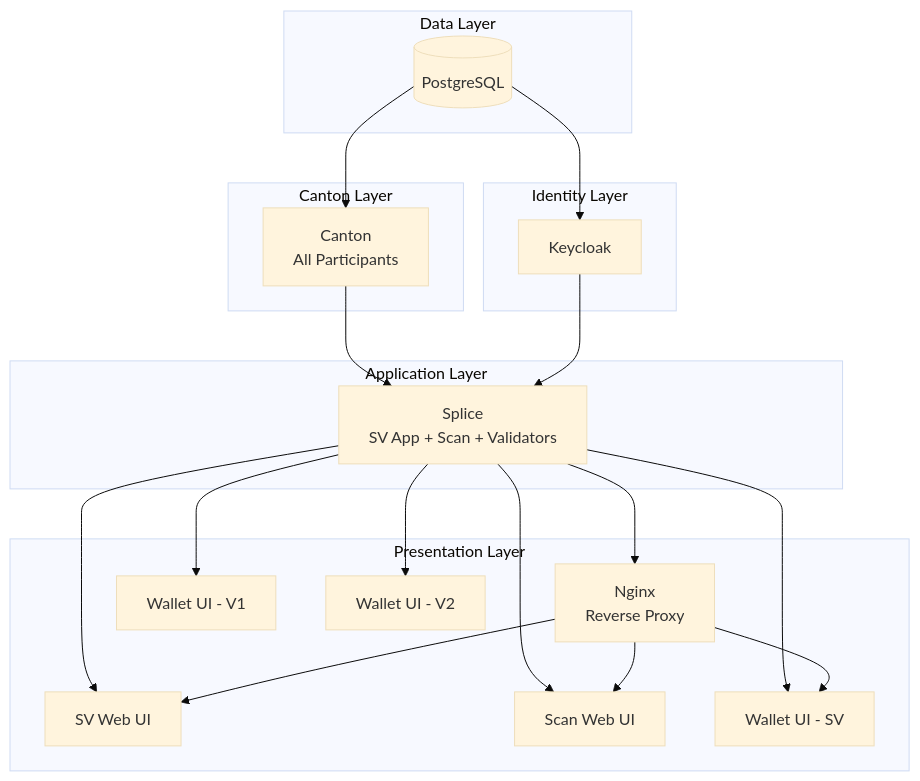
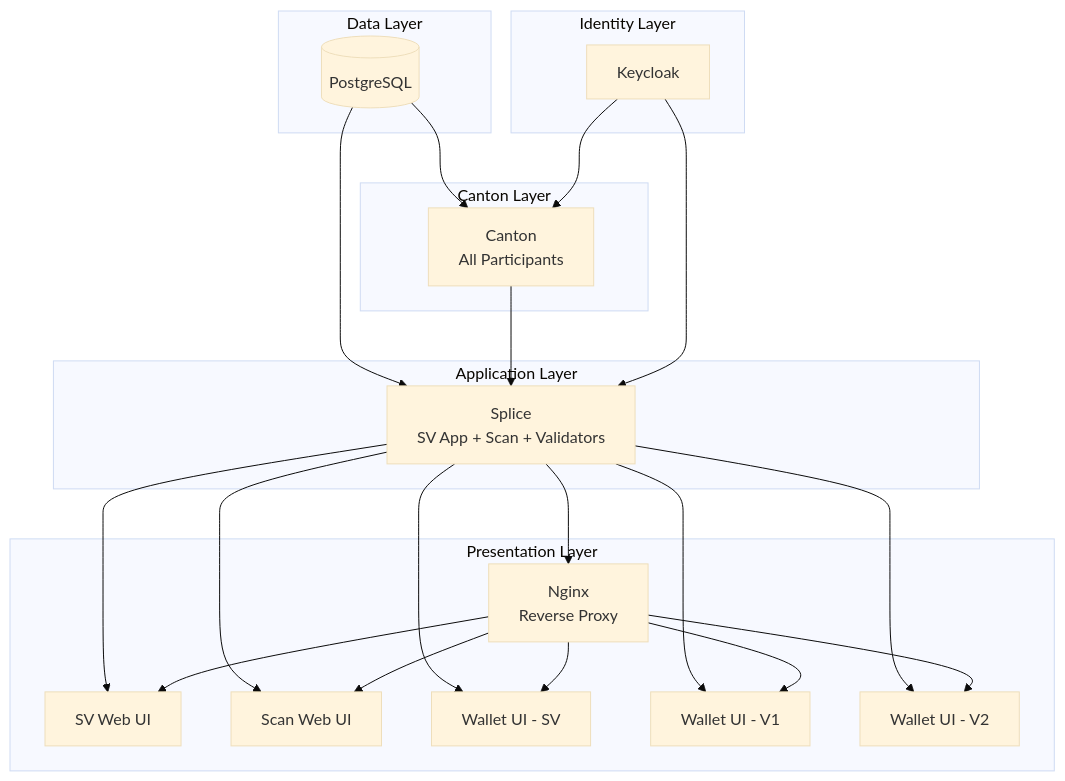
Before and after one commit to denex-io/denex-network-manager: the first of 7 diagrams in site/src/content/docs/how-it-works/architecture.md, drawn with Mermaid (base theme). The commit also changed other lines of this file and 34 other files, not shown here.

````diff
--- a/site/src/content/docs/how-it-works/architecture.md
+++ b/site/src/content/docs/how-it-works/architecture.md
@@ -98,41 +98,44 @@
 ```mermaid
 graph TB
     subgraph "Data Layer"
         postgres[(PostgreSQL)]
     end
     
     subgraph "Identity Layer"
         keycloak[Keycloak]
     end
     
     subgraph "Canton Layer"
         canton[Canton<br/>All Participants]
     end
     
     subgraph "Application Layer"
         splice[Splice<br/>SV App + Scan + Validators]
     end
     
     subgraph "Presentation Layer"
         nginx[Nginx<br/>Reverse Proxy]
         sv-web-ui[SV Web UI]
         scan-web-ui[Scan Web UI]
         wallet-sv[Wallet UI - SV]
         wallet-v1[Wallet UI - V1]
         wallet-v2[Wallet UI - V2]
     end
     
     postgres --> canton
-    postgres --> keycloak
+    postgres --> splice
+    keycloak --> canton
     canton --> splice
     keycloak --> splice
     splice --> nginx
     splice --> sv-web-ui
     splice --> scan-web-ui
     splice --> wallet-sv
     splice --> wallet-v1
     splice --> wallet-v2
     nginx --> sv-web-ui
     nginx --> scan-web-ui
     nginx --> wallet-sv
+    nginx --> wallet-v1
+    nginx --> wallet-v2
 ```
````
